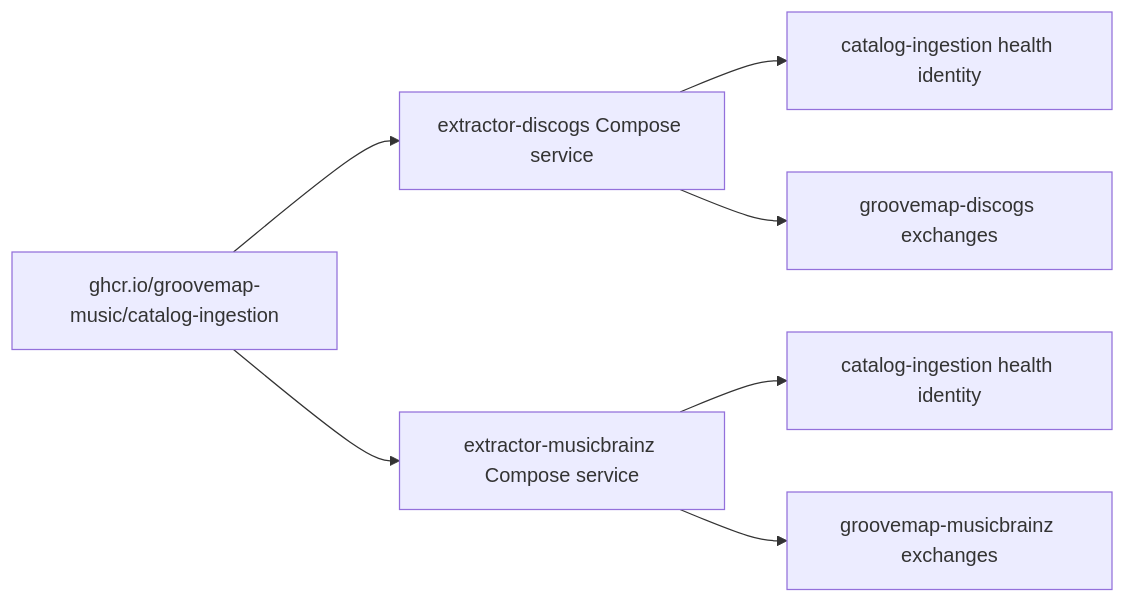
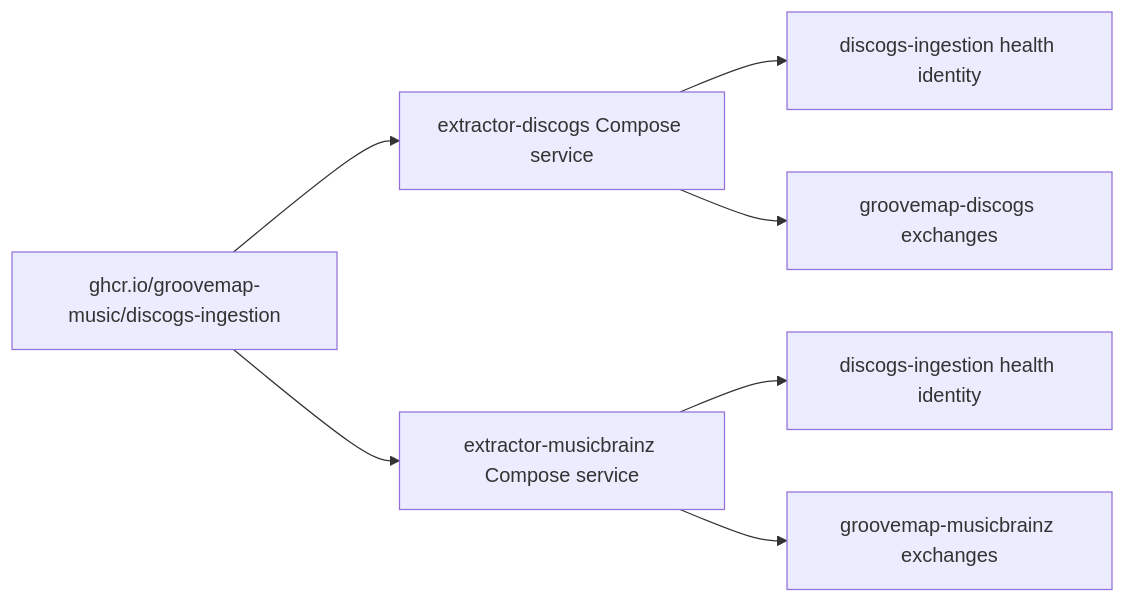
One commit to groovemap-music/catalog-ingestion changed the diagram in docs/runtime-identity.md. Above: the diagram before and after it, drawn with Mermaid. The commit also changed other lines of this file and 75 other files, not shown here.

````diff
--- a/docs/runtime-identity.md
+++ b/docs/runtime-identity.md
@@ -8,9 +8,9 @@
 ```mermaid
 flowchart LR
-    I[ghcr.io/groovemap-music/catalog-ingestion] --> D[extractor-discogs Compose service]
+    I[ghcr.io/groovemap-music/discogs-ingestion] --> D[extractor-discogs Compose service]
     I --> M[extractor-musicbrainz Compose service]
-    D --> H1[catalog-ingestion health identity]
-    M --> H2[catalog-ingestion health identity]
+    D --> H1[discogs-ingestion health identity]
+    M --> H2[discogs-ingestion health identity]
     D --> Q1[groovemap-discogs exchanges]
     M --> Q2[groovemap-musicbrainz exchanges]
 ```
````
